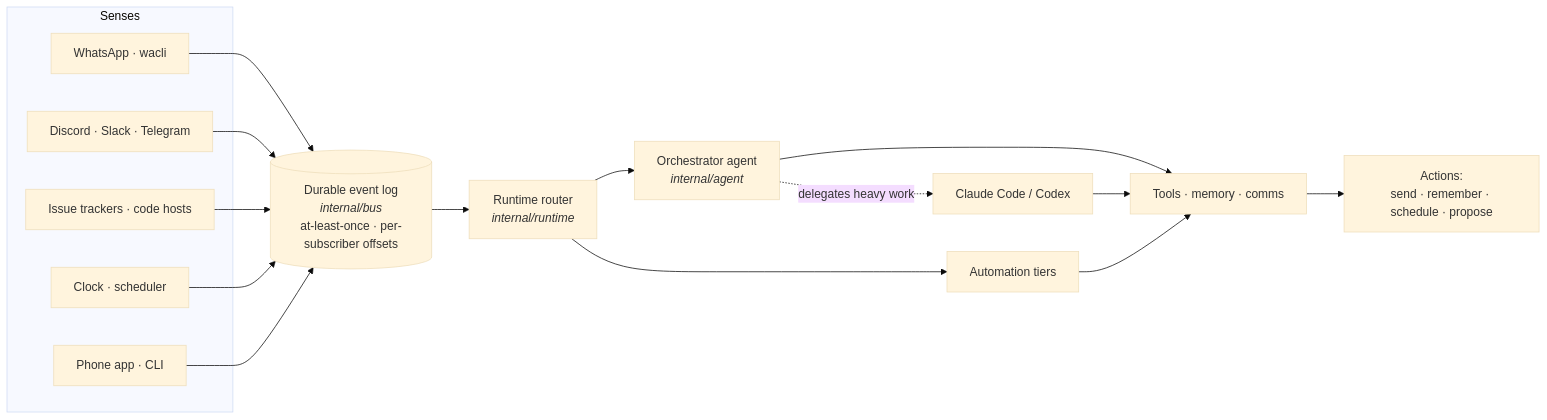
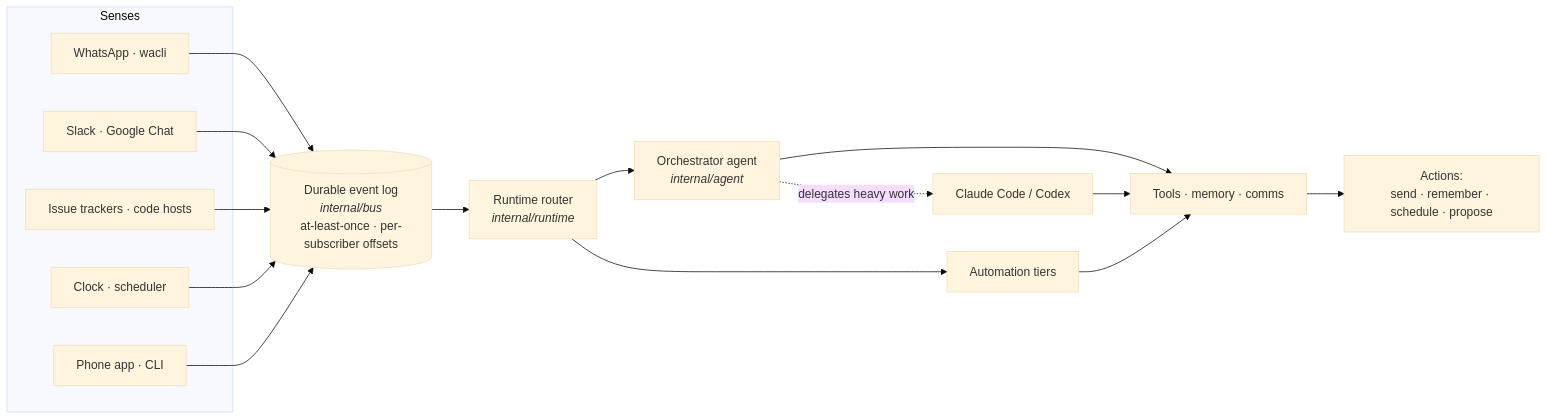
One commit to MelloB1989/KARMAX changed the first of 4 diagrams in README.md. Above: the diagram before and after it, drawn with Mermaid (base theme). The commit also changed other lines of this file and 11 other files, not shown here.

First line of the commit message:
comms: the Discord and Telegram channels are gone

````diff
--- a/README.md
+++ b/README.md
@@ -30,31 +30,31 @@
 ```mermaid
 flowchart LR
     subgraph Senses
         WA[WhatsApp · wacli]
-        CH[Discord · Slack · Telegram]
+        CH[Slack · Google Chat]
         TR[Issue trackers · code hosts]
         CL[Clock · scheduler]
         API[Phone app · CLI]
     end
 
     BUS[("Durable event log<br/><i>internal/bus</i><br/>at-least-once · per-subscriber offsets")]
 
     WA --> BUS
     CH --> BUS
     TR --> BUS
     CL --> BUS
     API --> BUS
 
     BUS --> RT["Runtime router<br/><i>internal/runtime</i>"]
 
     RT --> AG["Orchestrator agent<br/><i>internal/agent</i>"]
     RT --> LOOPS["Automation tiers"]
 
     AG --> TOOLS["Tools · memory · comms"]
     AG -.delegates heavy work.-> HARNESS["Claude Code / Codex"]
 
     LOOPS --> TOOLS
     HARNESS --> TOOLS
 
     TOOLS --> OUT["Actions:<br/>send · remember · schedule · propose"]
 ```
````
